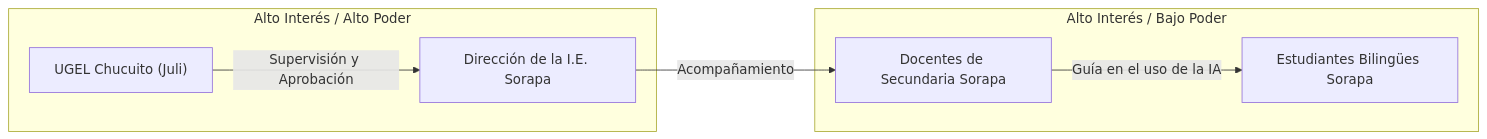
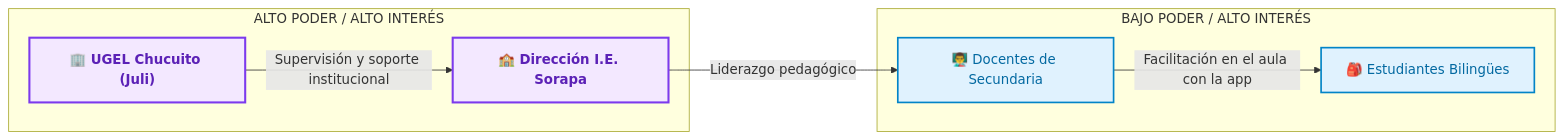
The fifth of 5 diagrams in docs/ChristianRafaelMamaniCallata/entregable3.md (jhanslarico11/Perfil-de-Egreso), drawn with Mermaid before and after one commit. The commit also changed other lines of this file and 4 other files, not shown here.

Commit message:
Personalización visual y estilización de los diagramas Mermaid

````diff
--- a/docs/ChristianRafaelMamaniCallata/entregable3.md
+++ b/docs/ChristianRafaelMamaniCallata/entregable3.md
@@ -247,16 +253,19 @@
 ```mermaid
 graph LR
-    subgraph Alto Interés / Alto Poder
-        UGEL["UGEL Chucuito (Juli)"]
-        Dir["Dirección de la I.E. Sorapa"]
+    classDef highPower fill:#f3e8ff,stroke:#7c3aed,stroke-width:2.5px,color:#5b21b6,font-weight:bold;
+    classDef highInterest fill:#e0f2fe,stroke:#0284c7,stroke-width:2px,color:#0369a1;
+
+    subgraph ALTO PODER / ALTO INTERÉS
+        UGEL["🏢 UGEL Chucuito (Juli)"]:::highPower
+        Dir["🏫 Dirección I.E. Sorapa"]:::highPower
     end
 
-    subgraph Alto Interés / Bajo Poder
-        Doc["Docentes de Secundaria Sorapa"]
-        Est["Estudiantes Bilingües Sorapa"]
+    subgraph BAJO PODER / ALTO INTERÉS
+        Doc["👨‍🏫 Docentes de Secundaria"]:::highInterest
+        Est["🎒 Estudiantes Bilingües"]:::highInterest
     end
 
-    UGEL --> |Supervisión y Aprobación| Dir
-    Dir --> |Acompañamiento| Doc
-    Doc --> |Guía en el uso de la IA| Est
+    UGEL --> |Supervisión y soporte institucional| Dir
+    Dir --> |Liderazgo pedagógico| Doc
+    Doc --> |Facilitación en el aula con la app| Est
 ```
````
